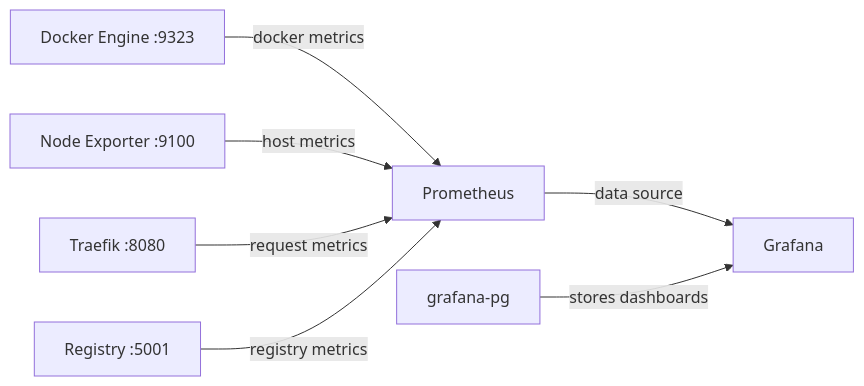
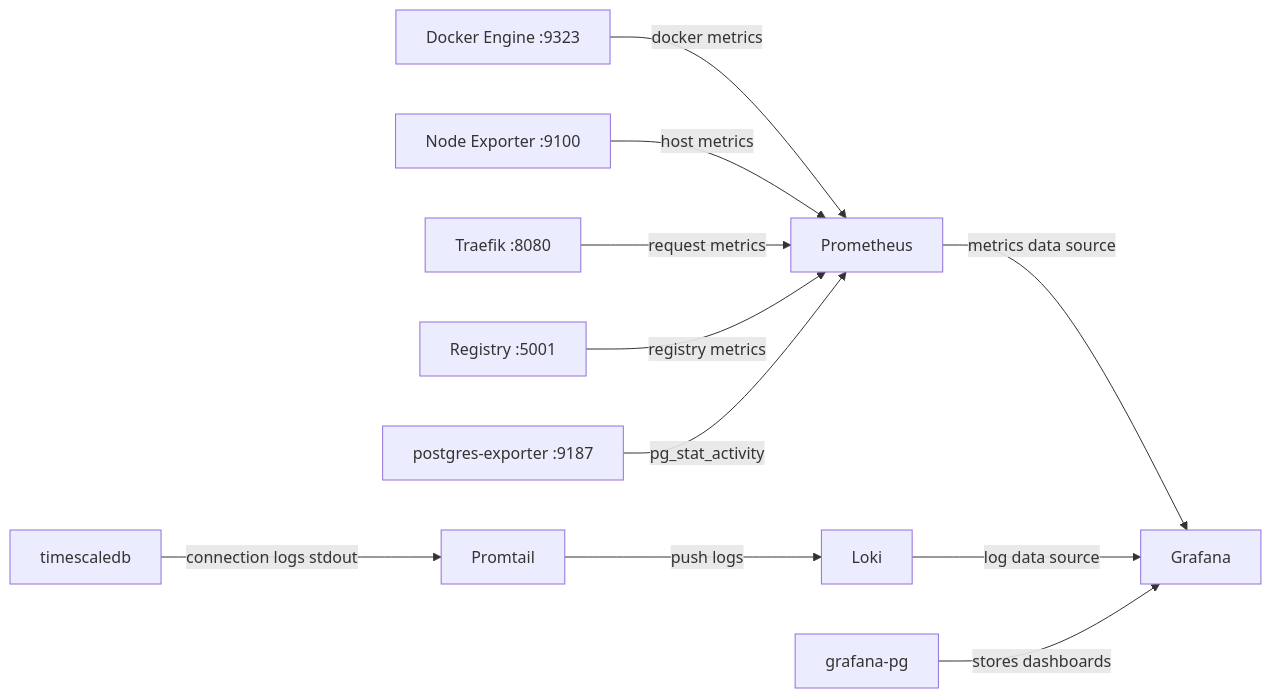
Before and after one commit to Waxolunist/ansible-docker-server: the sixth of 6 diagrams in ARCHITECTURE.md, drawn with Mermaid. The commit also changed other lines of this file and 18 other files, not shown here.

First line of the commit message:
Add TimescaleDB connection monitoring (Loki, Promtail, postgres-exporter)

````diff
--- a/ARCHITECTURE.md
+++ b/ARCHITECTURE.md
@@ -342,9 +346,13 @@
 ```mermaid
 graph LR
     DE[Docker Engine :9323] -->|docker metrics| P[Prometheus]
     NE[Node Exporter :9100] -->|host metrics| P
     T[Traefik :8080] -->|request metrics| P
     R[Registry :5001] -->|registry metrics| P
-    P -->|data source| G[Grafana]
+    PE[postgres-exporter :9187] -->|pg_stat_activity| P
+    TS[timescaledb] -->|connection logs stdout| PT[Promtail]
+    PT -->|push logs| L[Loki]
+    P -->|metrics data source| G[Grafana]
+    L -->|log data source| G
     GPG[grafana-pg] -->|stores dashboards| G
 ```
````
